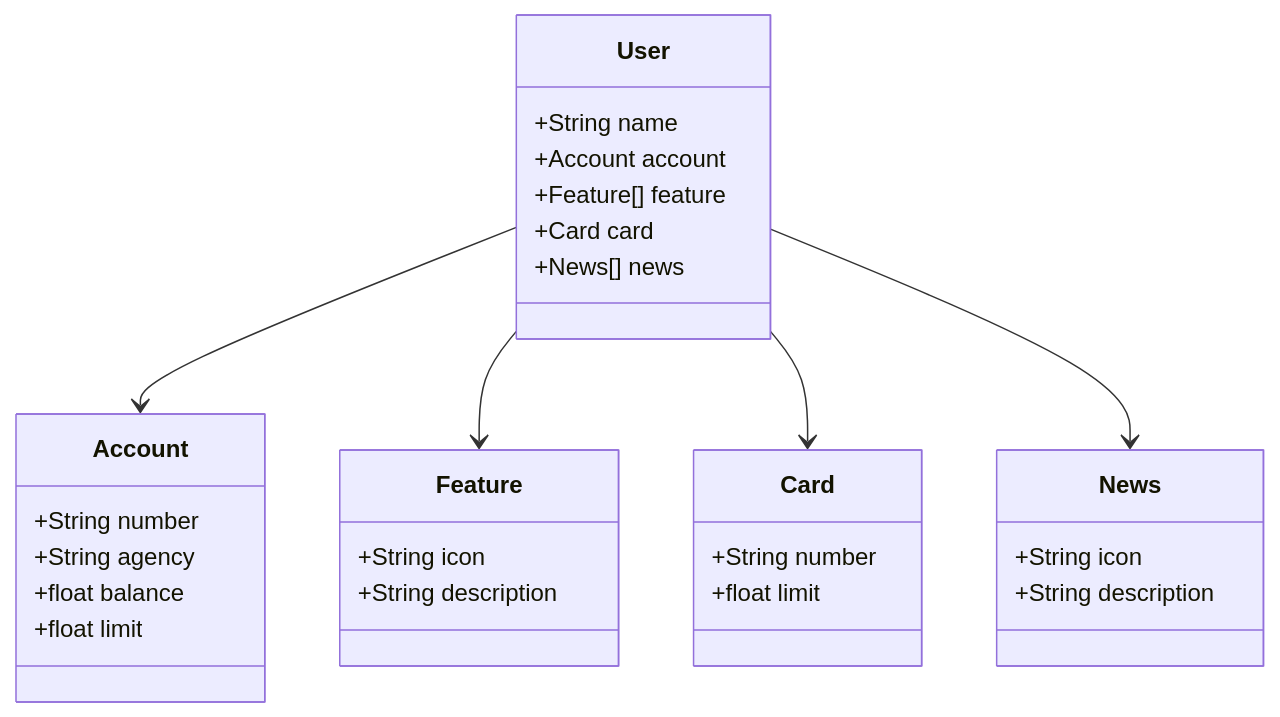
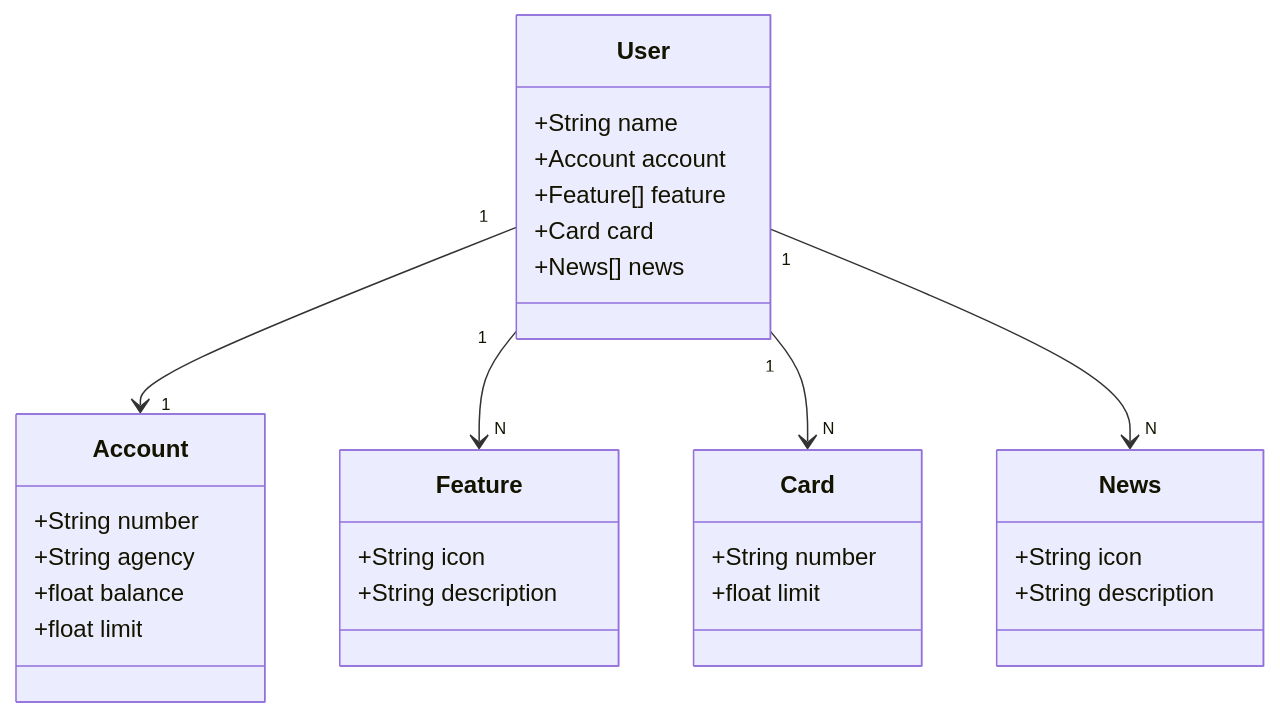
Before and after one commit to Sousa-Diin/dio-trilha-java-basico: the diagram in santander-dev-week-2024/README.md, drawn with Mermaid. The commit also changed 6 other files, not shown here.

````diff
--- a/santander-dev-week-2024/README.md
+++ b/santander-dev-week-2024/README.md
@@ -6,38 +6,38 @@
 ```mermaid
 classDiagram
     class User {
         +String name
         +Account account
         +Feature[] feature
         +Card card
         +News[] news
     }
 
     class Account {
         +String number
         +String agency
         +float balance
         +float limit
     }
 
     class Feature {
         +String icon
         +String description
     }
 
     class Card {
         +String number
         +float limit
     }
 
     class News {
         +String icon
         +String description
     }
 
-    User --> Account
-    User --> Feature
-    User --> Card
-    User --> News
+    User "1" --> "1" Account
+    User "1" --> "N" Feature
+    User "1" --> "N" Card
+    User "1" --> "N" News
 
 ```
````
